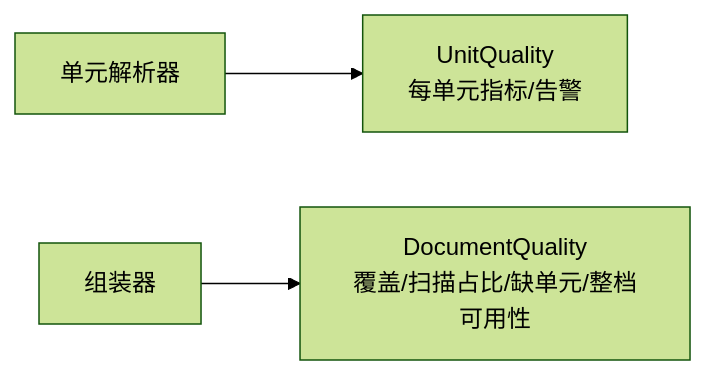
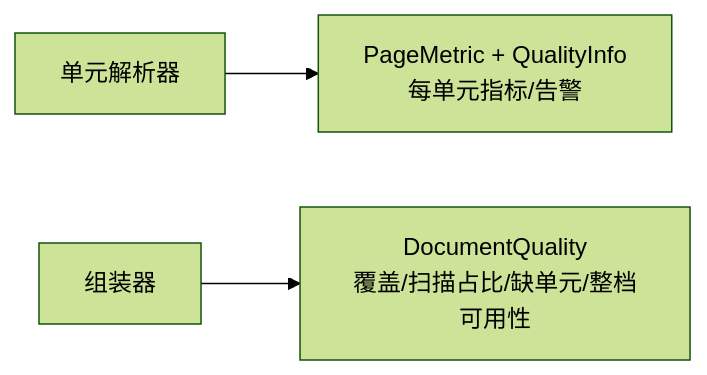
One commit to happyCxxl/workbuddy changed the third of 3 diagrams in .project/analysis/11-解析环节统一重构-设计.md. Above: the diagram before and after it, drawn with Mermaid (forest theme). The commit also changed other lines of this file and 1 other file, not shown here.

Commit message:
docs(解析): 收尾讨论清单，质量口径对齐现码
迁移顺序按已落地事实记录（契约载体 → PDF → Office 逐格式）；质量分层图中 UnitQuality 换成实际的 PageMetric + QualityInfo，避免读者以为存在该类。至讨论清单 7 项全部有结论。

````diff
--- a/.project/analysis/11-解析环节统一重构-设计.md
+++ b/.project/analysis/11-解析环节统一重构-设计.md
@@ -192,5 +192,5 @@
 ```mermaid
 flowchart LR
-    A["单元解析器"] --> B["UnitQuality<br/>每单元指标/告警"]
+    A["单元解析器"] --> B["PageMetric + QualityInfo<br/>每单元指标/告警"]
     C["组装器"] --> D["DocumentQuality<br/>覆盖/扫描占比/缺单元/整档可用性"]
 ```
````
